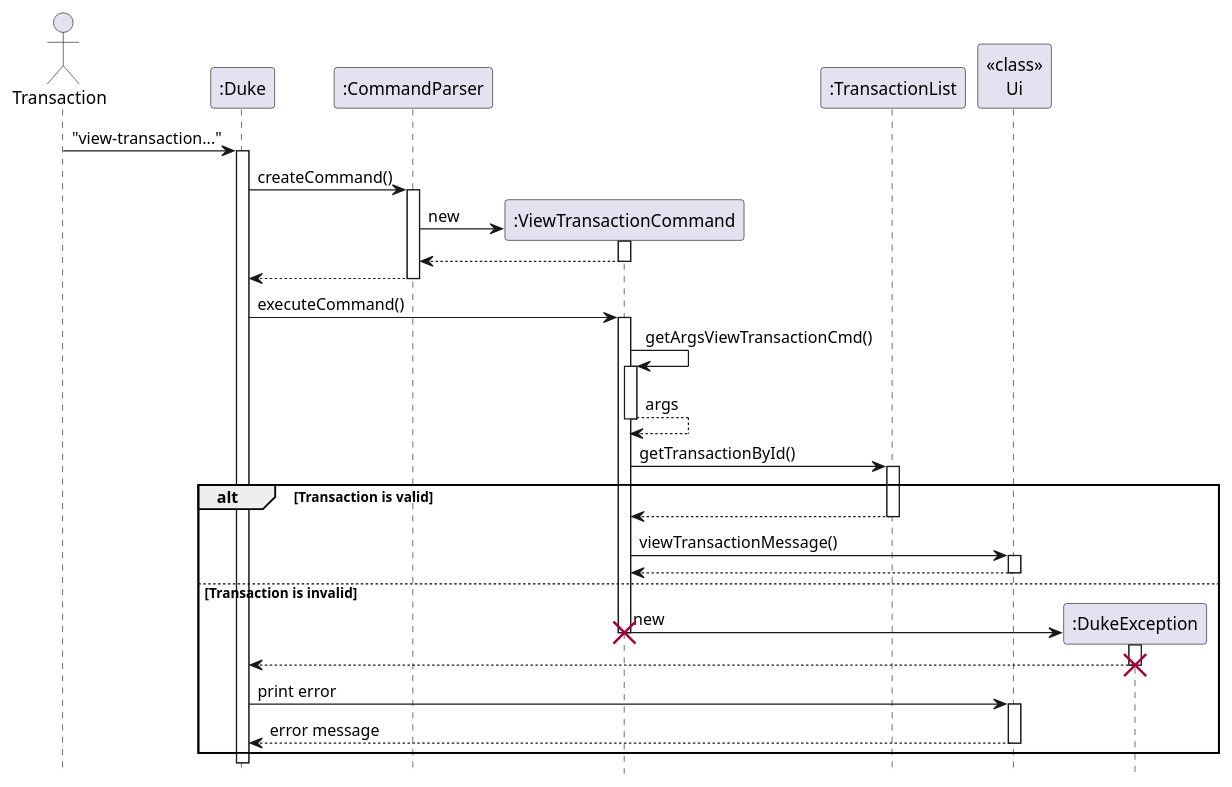
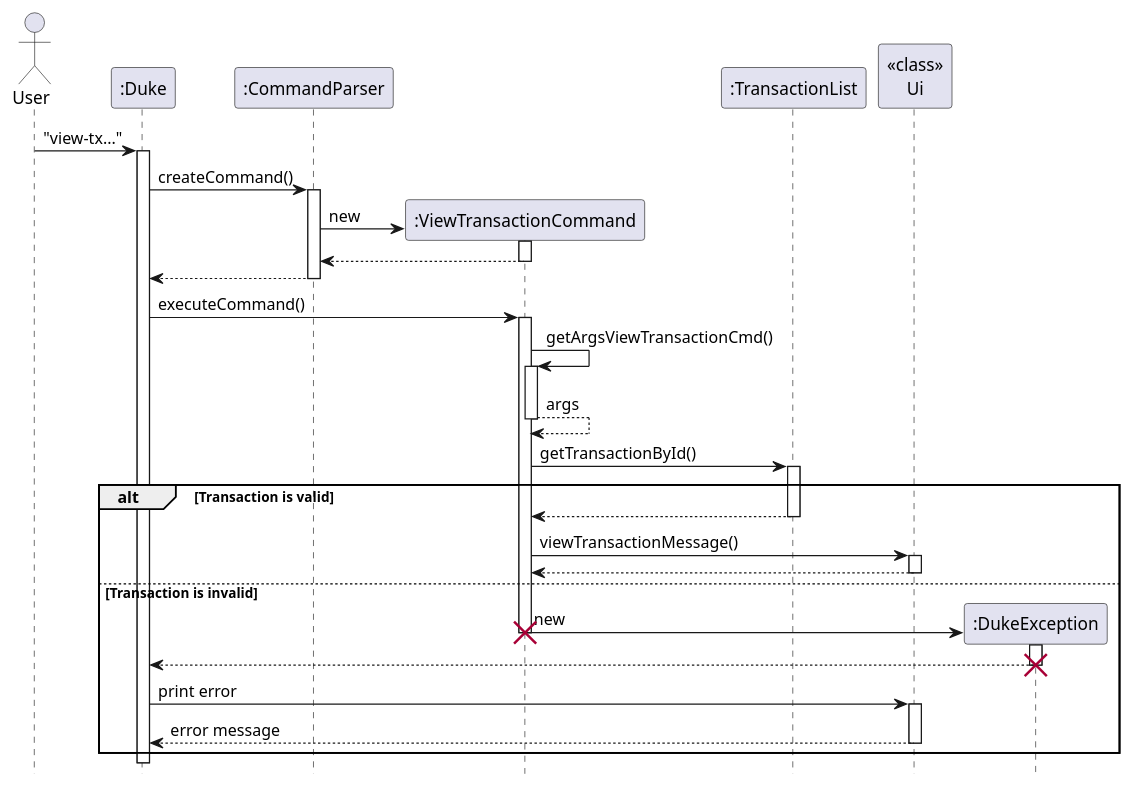
The diagram in docs/diagrams/transaction/ViewTransactionSequence.puml (nus-cs2113-AY2223S1/tp), drawn with PlantUML before and after one commit. The commit also changed 10 other files, not shown here.

Commit message:
modified Sequence digram and deleted useless methods

```diff
--- a/docs/diagrams/transaction/ViewTransactionSequence.puml
+++ b/docs/diagrams/transaction/ViewTransactionSequence.puml
@@ -1,44 +1,44 @@
 @startuml
 hide footbox
 
-Actor Transaction
-"Transaction" -> ":Duke": "view-transaction..."
+Actor User
+"User" -> ":Duke": "view-tx..."
 activate ":Duke"
 ":Duke" -> ":CommandParser": createCommand()
 activate ":CommandParser"
 ":CommandParser" -> ":ViewTransactionCommand"**: new
 activate ":ViewTransactionCommand"
 return
 ":CommandParser" --> ":Duke"
 deactivate
 
 ":Duke" -> ":ViewTransactionCommand" : executeCommand()
 activate ":ViewTransactionCommand"
 ":ViewTransactionCommand" -> ":ViewTransactionCommand": getArgsViewTransactionCmd()
 activate ":ViewTransactionCommand"
 return args
     ":ViewTransactionCommand" -> ":TransactionList": getTransactionById()
     activate ":TransactionList"
 alt Transaction is valid
     ":TransactionList" --> ":ViewTransactionCommand":
     deactivate ":TransactionList"
 
     ":ViewTransactionCommand" -> "<<class>>\nUi": viewTransactionMessage()
     activate "<<class>>\nUi"
     return
     deactivate "<<class>>\nUi"
     deactivate ":TransactionList"
 else Transaction is invalid
     ":ViewTransactionCommand" -> ":DukeException"** : new
     destroy ":ViewTransactionCommand"
     activate ":DukeException"
     ":DukeException" --> ":Duke"
     destroy ":DukeException"
     ":Duke" -> "<<class>>\nUi" : print error
     activate "<<class>>\nUi"
     "<<class>>\nUi" --> ":Duke" : error message
     deactivate "<<class>>\nUi"
 end
 deactivate ":ViewTransactionCommand"
 
 @enduml
```
